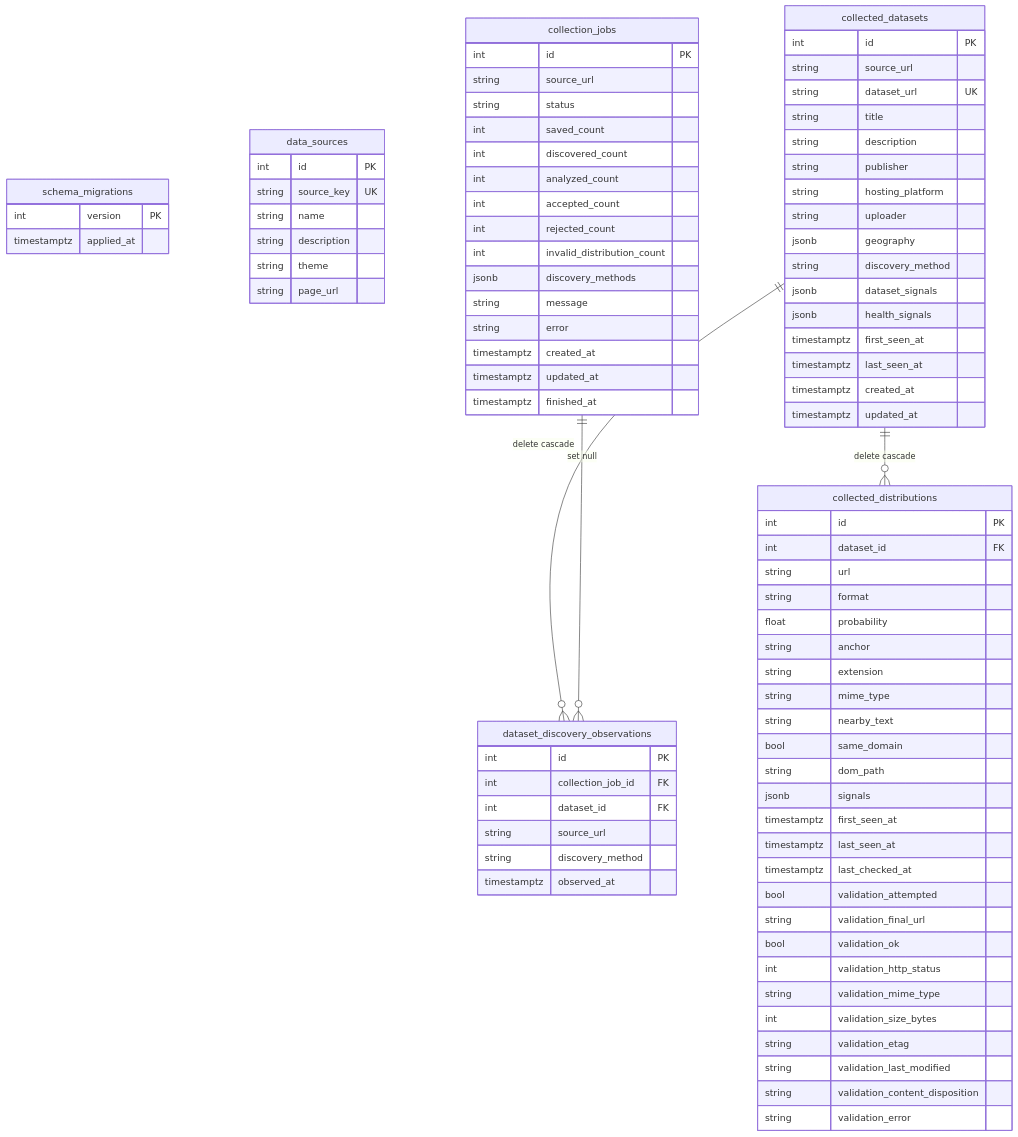
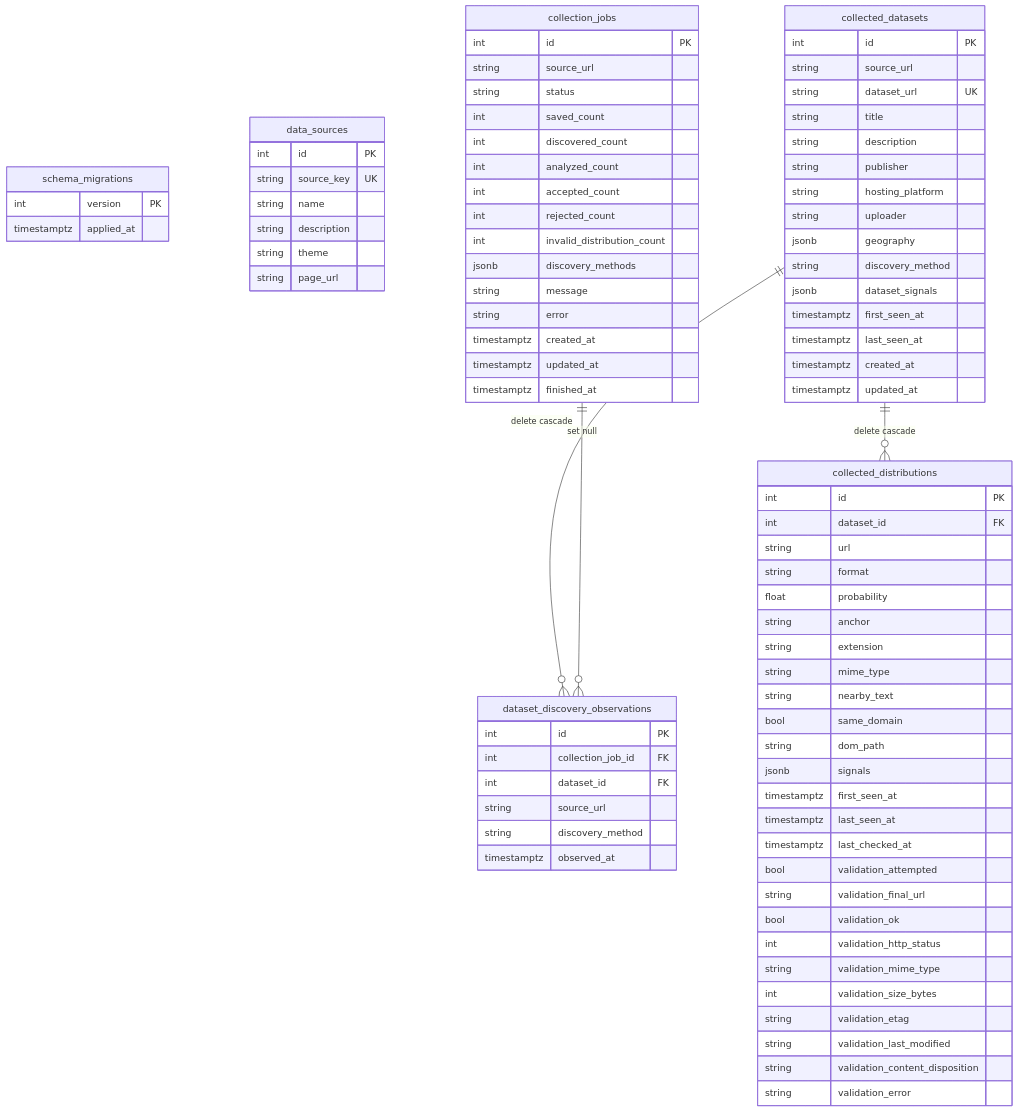
The diagram in docs/database-schema-diagram.md (nicolasberlin/global-health-dataset-catalog), drawn with Mermaid before and after one commit. The commit also changed other lines of this file and 30 other files, not shown here.

Commit message:
Update collector security and architecture docs

```diff
--- a/docs/database-schema-diagram.md
+++ b/docs/database-schema-diagram.md
@@ -52,7 +57,6 @@
         jsonb geography
         string discovery_method
         jsonb dataset_signals
-        jsonb health_signals
         timestamptz first_seen_at
         timestamptz last_seen_at
         timestamptz created_at
```
